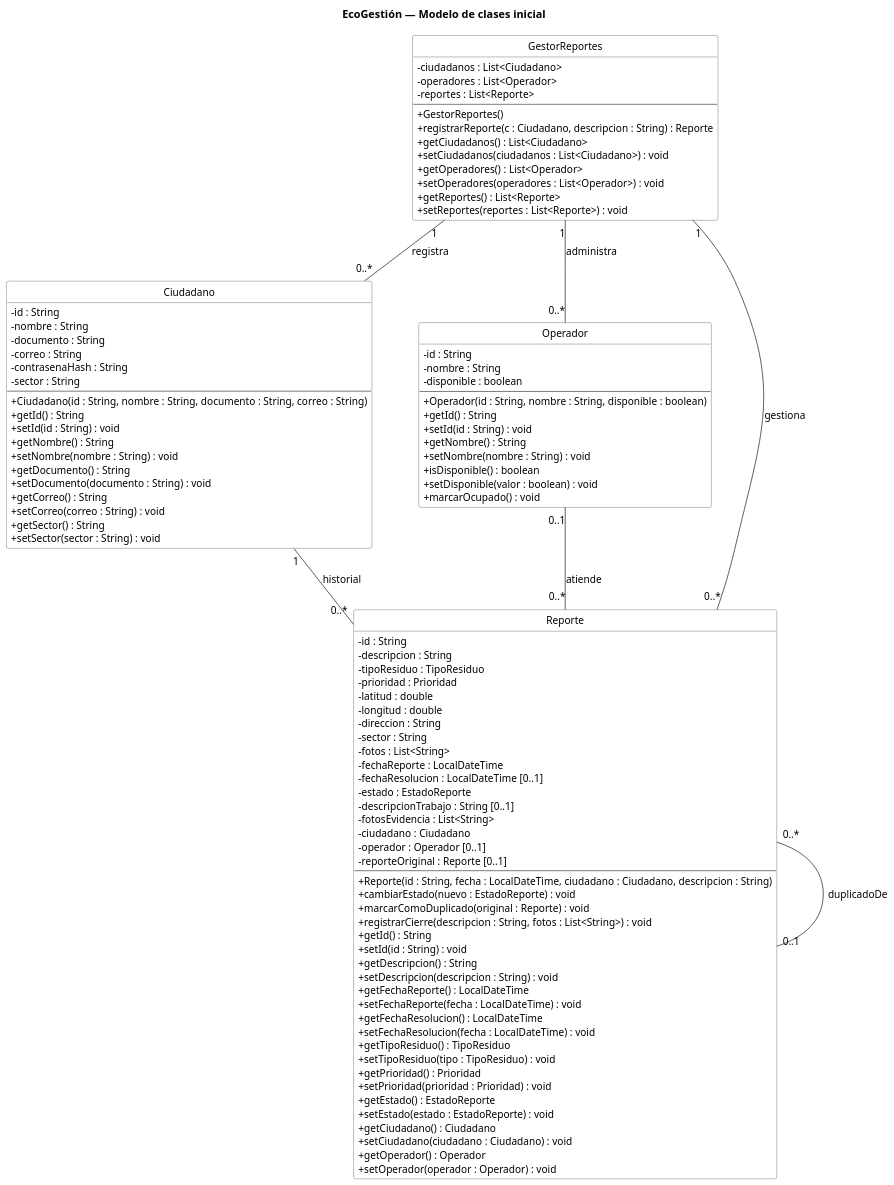
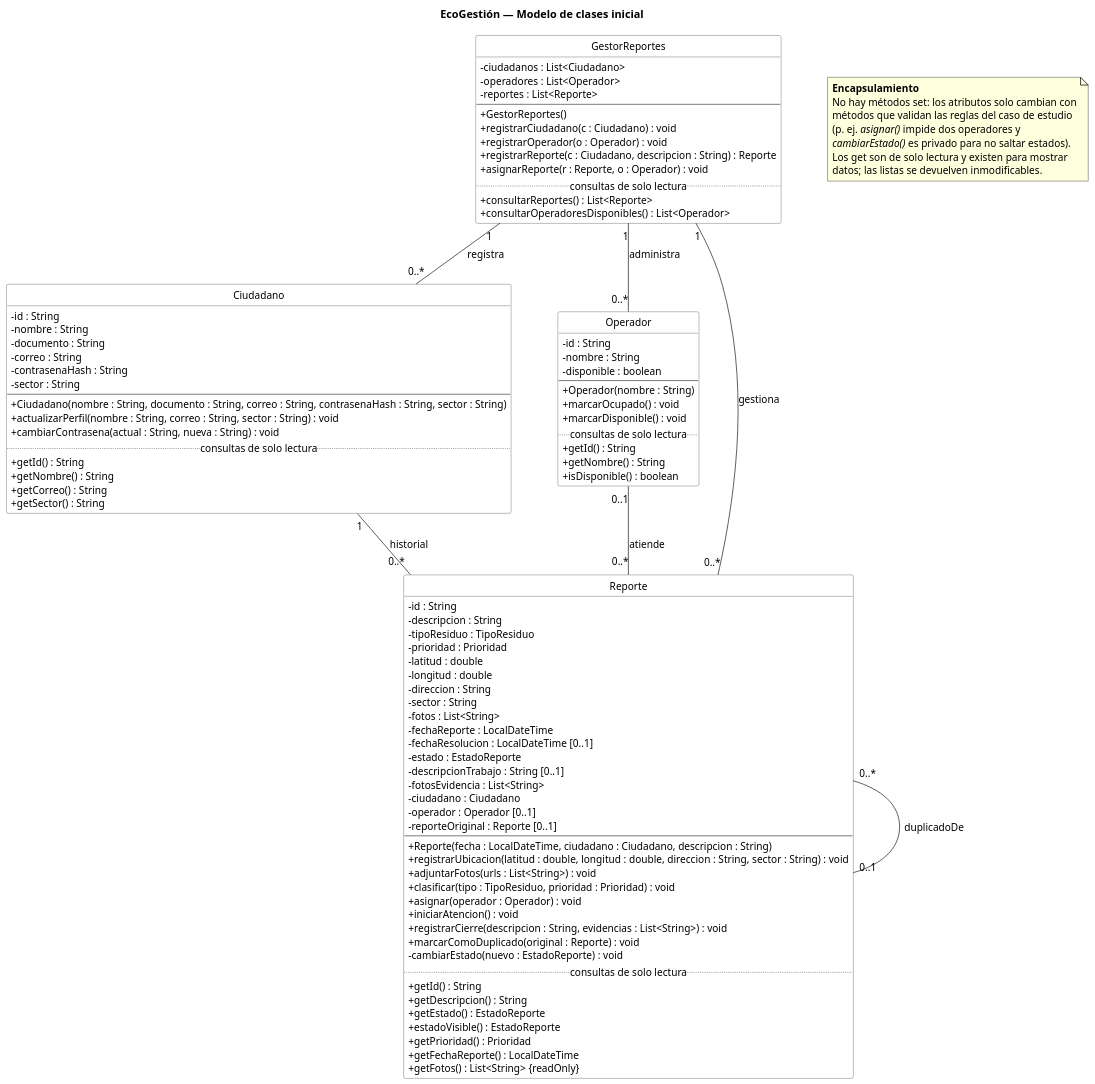
Before and after one commit to samuelvallejo/trabajo-final-dise-o-de-software-diagramas: the diagram in docs/diagramas/03-vista-logica.puml, drawn with PlantUML. The commit also changed 40 other files, not shown here.

First line of the commit message:
Encapsulamiento: sin setters y solo getters justificados

```diff
--- a/docs/diagramas/03-vista-logica.puml
+++ b/docs/diagramas/03-vista-logica.puml
@@ -1,120 +1,121 @@
 @startuml 03-vista-logica
 ' EcoGestión – Vista lógica: modelo de clases inicial
 ' Persistencia en MongoDB: los id son ObjectId (String).
 skinparam dpi 120
 skinparam defaultFontName Arial
 skinparam defaultFontSize 13
 skinparam shadowing false
 skinparam classAttributeIconSize 0
 skinparam nodesep 60
 skinparam ranksep 60
 skinparam class {
   BackgroundColor #FFFFFF
   BorderColor #555555
   ArrowColor #333333
 }
 hide circle
 hide empty members
 title EcoGestión — Modelo de clases inicial
 
 class GestorReportes {
   - ciudadanos : List<Ciudadano>
   - operadores : List<Operador>
   - reportes : List<Reporte>
   --
   + GestorReportes()
+  + registrarCiudadano(c : Ciudadano) : void
+  + registrarOperador(o : Operador) : void
   + registrarReporte(c : Ciudadano, descripcion : String) : Reporte
-  + getCiudadanos() : List<Ciudadano>
-  + setCiudadanos(ciudadanos : List<Ciudadano>) : void
-  + getOperadores() : List<Operador>
-  + setOperadores(operadores : List<Operador>) : void
-  + getReportes() : List<Reporte>
-  + setReportes(reportes : List<Reporte>) : void
+  + asignarReporte(r : Reporte, o : Operador) : void
+  .. consultas de solo lectura ..
+  + consultarReportes() : List<Reporte>
+  + consultarOperadoresDisponibles() : List<Operador>
 }
 
 class Ciudadano {
   - id : String
   - nombre : String
   - documento : String
   - correo : String
   - contrasenaHash : String
   - sector : String
   --
-  + Ciudadano(id : String, nombre : String, documento : String, correo : String)
+  + Ciudadano(nombre : String, documento : String, correo : String, contrasenaHash : String, sector : String)
+  + actualizarPerfil(nombre : String, correo : String, sector : String) : void
+  + cambiarContrasena(actual : String, nueva : String) : void
+  .. consultas de solo lectura ..
   + getId() : String
-  + setId(id : String) : void
   + getNombre() : String
-  + setNombre(nombre : String) : void
-  + getDocumento() : String
-  + setDocumento(documento : String) : void
   + getCorreo() : String
-  + setCorreo(correo : String) : void
   + getSector() : String
-  + setSector(sector : String) : void
 }
 
 class Operador {
   - id : String
   - nombre : String
   - disponible : boolean
   --
-  + Operador(id : String, nombre : String, disponible : boolean)
+  + Operador(nombre : String)
+  + marcarOcupado() : void
+  + marcarDisponible() : void
+  .. consultas de solo lectura ..
   + getId() : String
-  + setId(id : String) : void
   + getNombre() : String
-  + setNombre(nombre : String) : void
   + isDisponible() : boolean
-  + setDisponible(valor : boolean) : void
-  + marcarOcupado() : void
 }
 
 class Reporte {
   - id : String
   - descripcion : String
   - tipoResiduo : TipoResiduo
   - prioridad : Prioridad
   - latitud : double
   - longitud : double
   - direccion : String
   - sector : String
   - fotos : List<String>
   - fechaReporte : LocalDateTime
   - fechaResolucion : LocalDateTime [0..1]
   - estado : EstadoReporte
   - descripcionTrabajo : String [0..1]
   - fotosEvidencia : List<String>
   - ciudadano : Ciudadano
   - operador : Operador [0..1]
   - reporteOriginal : Reporte [0..1]
   --
-  + Reporte(id : String, fecha : LocalDateTime, ciudadano : Ciudadano, descripcion : String)
-  + cambiarEstado(nuevo : EstadoReporte) : void
+  + Reporte(fecha : LocalDateTime, ciudadano : Ciudadano, descripcion : String)
+  + registrarUbicacion(latitud : double, longitud : double, direccion : String, sector : String) : void
+  + adjuntarFotos(urls : List<String>) : void
+  + clasificar(tipo : TipoResiduo, prioridad : Prioridad) : void
+  + asignar(operador : Operador) : void
+  + iniciarAtencion() : void
+  + registrarCierre(descripcion : String, evidencias : List<String>) : void
   + marcarComoDuplicado(original : Reporte) : void
-  + registrarCierre(descripcion : String, fotos : List<String>) : void
+  - cambiarEstado(nuevo : EstadoReporte) : void
+  .. consultas de solo lectura ..
   + getId() : String
-  + setId(id : String) : void
   + getDescripcion() : String
-  + setDescripcion(descripcion : String) : void
+  + getEstado() : EstadoReporte
+  + estadoVisible() : EstadoReporte
+  + getPrioridad() : Prioridad
   + getFechaReporte() : LocalDateTime
-  + setFechaReporte(fecha : LocalDateTime) : void
-  + getFechaResolucion() : LocalDateTime
-  + setFechaResolucion(fecha : LocalDateTime) : void
-  + getTipoResiduo() : TipoResiduo
-  + setTipoResiduo(tipo : TipoResiduo) : void
-  + getPrioridad() : Prioridad
-  + setPrioridad(prioridad : Prioridad) : void
-  + getEstado() : EstadoReporte
-  + setEstado(estado : EstadoReporte) : void
-  + getCiudadano() : Ciudadano
-  + setCiudadano(ciudadano : Ciudadano) : void
-  + getOperador() : Operador
-  + setOperador(operador : Operador) : void
+  + getFotos() : List<String> {readOnly}
 }
+
+note as Encapsulamiento
+  <b>Encapsulamiento</b>
+  No hay métodos set: los atributos solo cambian con
+  métodos que validan las reglas del caso de estudio
+  (p. ej. <i>asignar()</i> impide dos operadores y
+  <i>cambiarEstado()</i> es privado para no saltar estados).
+  Los get son de solo lectura y existen para mostrar
+  datos; las listas se devuelven inmodificables.
+end note
 
 GestorReportes "1" -- "0..*" Ciudadano : registra
 GestorReportes "1" -- "0..*" Operador : administra
 GestorReportes "1" -- "0..*" Reporte : gestiona
 Ciudadano "1" -- "0..*" Reporte : historial
 Operador "0..1" -- "0..*" Reporte : atiende
 Reporte "0..*" -- "0..1" Reporte : duplicadoDe
 @enduml
```
